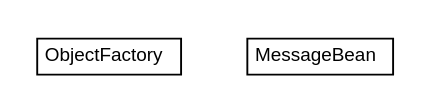
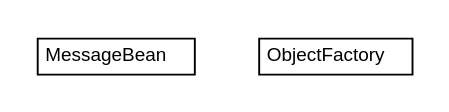
Before and after one commit to trajano/app: the diagram in apidocs/net/trajano/app/schema/net.trajano.app.schema.dot, drawn with Graphviz. The commit also changed 277 other files, not shown here.

```diff
--- a/apidocs/net/trajano/app/schema/net.trajano.app.schema.dot
+++ b/apidocs/net/trajano/app/schema/net.trajano.app.schema.dot
@@ -1,24 +1,24 @@
 #!/usr/local/bin/dot
 #
 # Class diagram 
 # Generated by UMLGraph version R5_6-24-gf6e263 (http://www.umlgraph.org/)
 #
 
 digraph G {
-	edge [fontname="arial",fontsize=10,labelfontname="arial",labelfontsize=10];
-	node [fontname="arial",fontsize=10,shape=plaintext];
+	edge [fontname="Helvetica",fontsize=10,labelfontname="Helvetica",labelfontsize=10];
+	node [fontname="Helvetica",fontsize=10,shape=plaintext];
 	nodesep=0.25;
 	ranksep=0.5;
+	// net.trajano.app.schema.MessageBean
+	c108 [label=<<table title="net.trajano.app.schema.MessageBean" border="0" cellborder="1" cellspacing="0" cellpadding="2" port="p" href="./MessageBean.html">
+		<tr><td><table border="0" cellspacing="0" cellpadding="1">
+<tr><td align="center" balign="center"> MessageBean </td></tr>
+		</table></td></tr>
+		</table>>, URL="./MessageBean.html", fontname="Helvetica", fontcolor="black", fontsize=10.0];
 	// net.trajano.app.schema.ObjectFactory
-	c104 [label=<<table title="net.trajano.app.schema.ObjectFactory" border="0" cellborder="1" cellspacing="0" cellpadding="2" port="p" href="./ObjectFactory.html">
+	c109 [label=<<table title="net.trajano.app.schema.ObjectFactory" border="0" cellborder="1" cellspacing="0" cellpadding="2" port="p" href="./ObjectFactory.html">
 		<tr><td><table border="0" cellspacing="0" cellpadding="1">
 <tr><td align="center" balign="center"> ObjectFactory </td></tr>
 		</table></td></tr>
-		</table>>, URL="./ObjectFactory.html", fontname="arial", fontcolor="black", fontsize=10.0];
-	// net.trajano.app.schema.MessageBean
-	c105 [label=<<table title="net.trajano.app.schema.MessageBean" border="0" cellborder="1" cellspacing="0" cellpadding="2" port="p" href="./MessageBean.html">
-		<tr><td><table border="0" cellspacing="0" cellpadding="1">
-<tr><td align="center" balign="center"> MessageBean </td></tr>
-		</table></td></tr>
-		</table>>, URL="./MessageBean.html", fontname="arial", fontcolor="black", fontsize=10.0];
+		</table>>, URL="./ObjectFactory.html", fontname="Helvetica", fontcolor="black", fontsize=10.0];
 }
```
